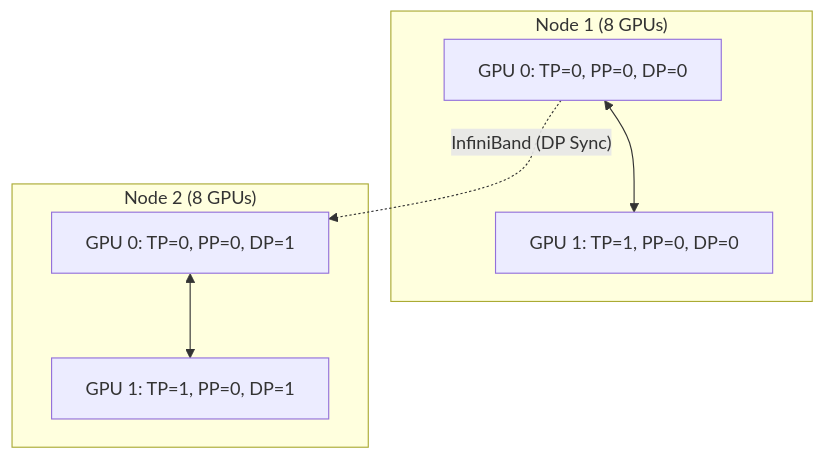
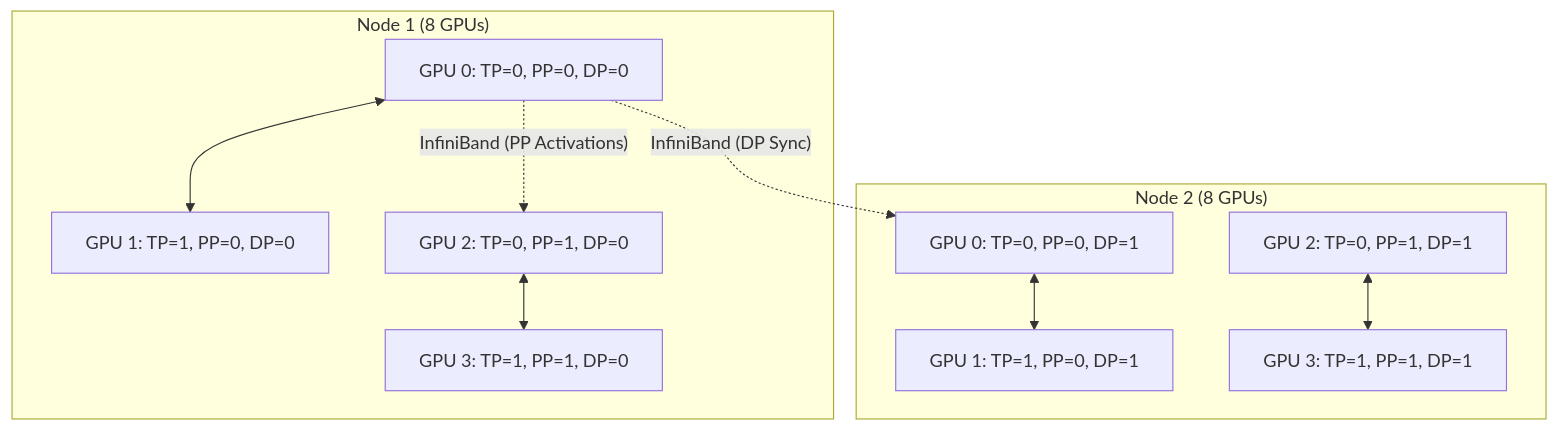
The diagram in docs/nvidia-zero-to-hero/volume-13/chapter-07-megatron-lm-architecture.md (jithinpnjm/nvidia-devops), drawn with Mermaid before and after one commit. The commit also changed other lines of this file and 3 other files, not shown here.

Commit message:
docs: use exact exact structural headers and restore deep architecture specifics

````diff
--- a/docs/nvidia-zero-to-hero/volume-13/chapter-07-megatron-lm-architecture.md
+++ b/docs/nvidia-zero-to-hero/volume-13/chapter-07-megatron-lm-architecture.md
@@ -18,10 +22,15 @@
 ```mermaid
 graph TD
     subgraph "Node 1 (8 GPUs)"
         G0_0[GPU 0: TP=0, PP=0, DP=0] <--> G0_1[GPU 1: TP=1, PP=0, DP=0]
+        G0_2[GPU 2: TP=0, PP=1, DP=0] <--> G0_3[GPU 3: TP=1, PP=1, DP=0]
     end
+    
     subgraph "Node 2 (8 GPUs)"
         G1_0[GPU 0: TP=0, PP=0, DP=1] <--> G1_1[GPU 1: TP=1, PP=0, DP=1]
+        G1_2[GPU 2: TP=0, PP=1, DP=1] <--> G1_3[GPU 3: TP=1, PP=1, DP=1]
     end
+    
     G0_0 -. "InfiniBand (DP Sync)" .-> G1_0
+    G0_0 -. "InfiniBand (PP Activations)" .-> G0_2
 ```
````
